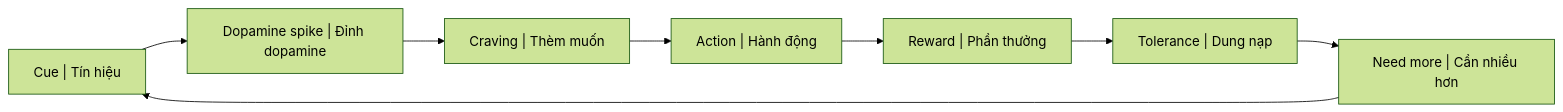
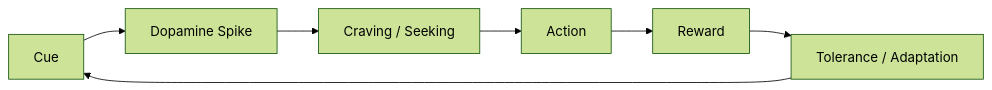
The first of 2 diagrams in mental-models/Dopamine Economy - Nền Kinh Tế Của Sự Thèm Muốn.md (dyukahi/knowledge), drawn with Mermaid (forest theme) before and after one commit. The commit also changed other lines of this file and 4 other files, not shown here.

````diff
--- a/mental-models/Dopamine Economy - Nền Kinh Tế Của Sự Thèm Muốn.md
+++ b/mental-models/Dopamine Economy - Nền Kinh Tế Của Sự Thèm Muốn.md
@@ -28,10 +40,9 @@
 ```mermaid
 flowchart LR
-    A["Cue | Tín hiệu"] --> B["Dopamine spike | Đỉnh dopamine"]
-    B --> C["Craving | Thèm muốn"]
-    C --> D["Action | Hành động"]
-    D --> E["Reward | Phần thưởng"]
-    E --> F["Tolerance | Dung nạp"]
-    F --> G["Need more | Cần nhiều hơn"]
-    G --> A
+    A[Cue] --> B[Dopamine Spike]
+    B --> C[Craving / Seeking]
+    C --> D[Action]
+    D --> E[Reward]
+    E --> F[Tolerance / Adaptation]
+    F --> A
 ```
````
